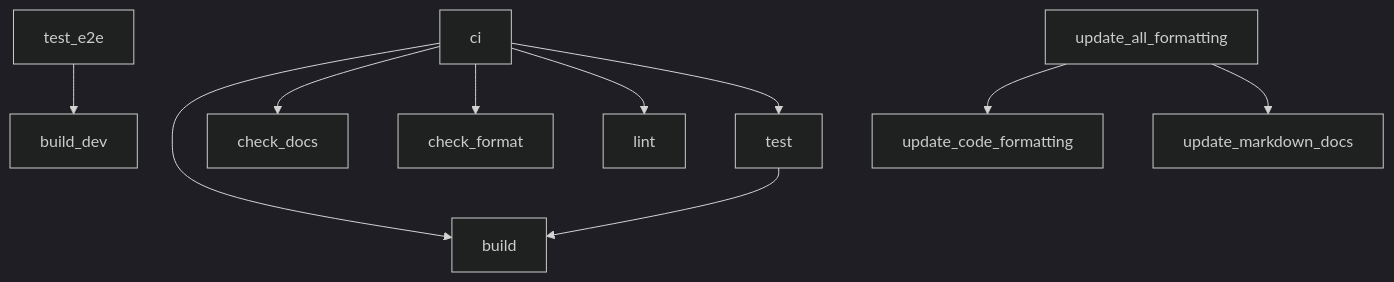
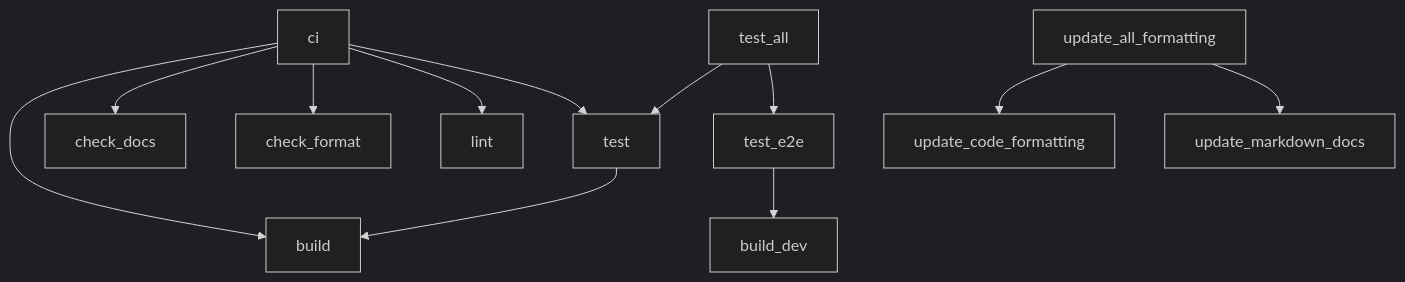
Before and after one commit to datalackey/fill-form-bookmarklet: the third of 3 diagrams in README.md, drawn with Mermaid (dark theme). The commit also changed other lines of this file and 11 other files, not shown here.

````diff
--- a/README.md
+++ b/README.md
@@ -196,25 +203,28 @@
 ```mermaid
 graph TD
 
   build
   build_dev
   check_docs
   check_format
   ci
   lint
   test
+  test_all
   test_e2e
   update_all_formatting
   update_code_formatting
   update_markdown_docs
 
   ci --> build
   ci --> check_docs
   ci --> check_format
   ci --> lint
   ci --> test
   test --> build
+  test_all --> test
+  test_all --> test_e2e
   test_e2e --> build_dev
   update_all_formatting --> update_code_formatting
   update_all_formatting --> update_markdown_docs
 ```
````
